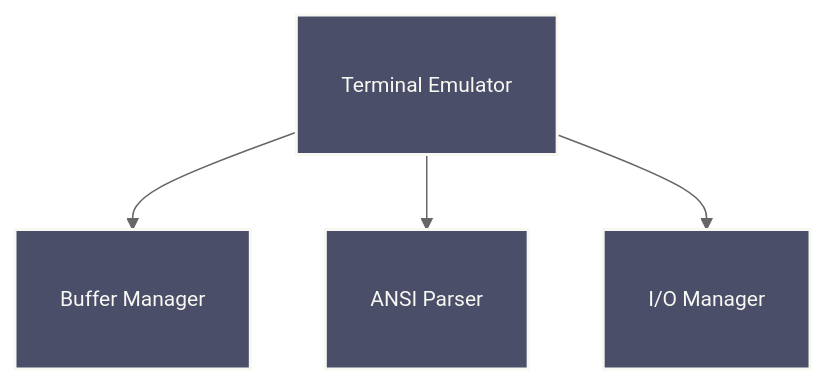
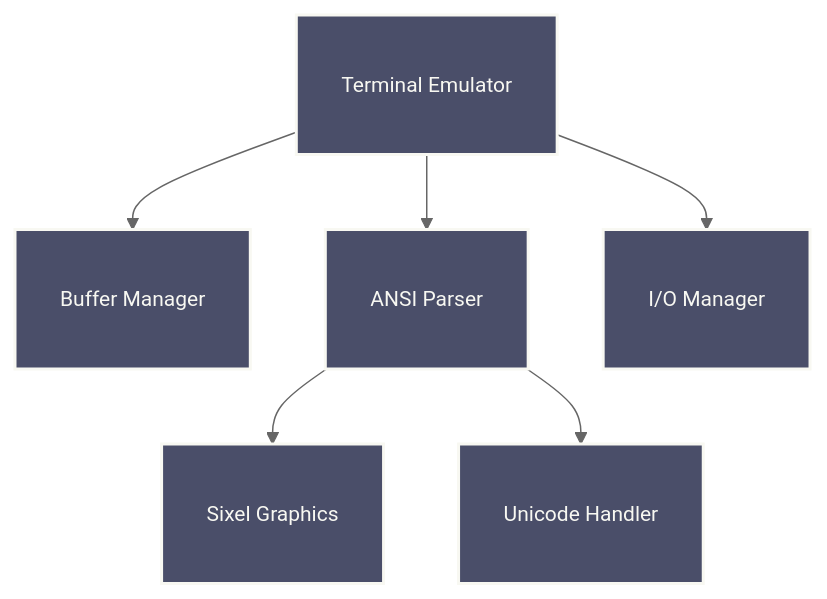
The fourth of 8 diagrams in docs/ARCHITECTURE.md (Hydepwns/raxol), drawn with Mermaid (neutral theme) before and after one commit. The commit also changed other lines of this file and 11 other files, not shown here.

````diff
--- a/docs/ARCHITECTURE.md
+++ b/docs/ARCHITECTURE.md
@@ -82,14 +92,18 @@
 ```mermaid
 graph TB
     Emulator[Terminal Emulator]
     Buffer[Buffer Manager]
     Parser[ANSI Parser]
     IO[I/O Manager]
+    Graphics[Sixel Graphics]
+    Unicode[Unicode Handler]
 
     Emulator --> Buffer
     Emulator --> Parser
     Emulator --> IO
+    Parser --> Graphics
+    Parser --> Unicode
 
     classDef component fill:#4a4e69,stroke:#f8f8f2,stroke-width:2px,color:#f8f8f2,font-size:14px,padding:6px;
-    class Emulator,Buffer,Parser,IO component;
+    class Emulator,Buffer,Parser,IO,Graphics,Unicode component;
 ```
````
